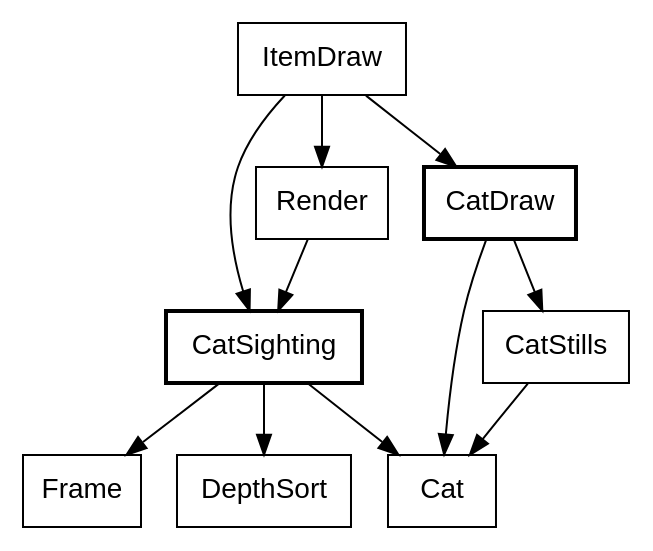
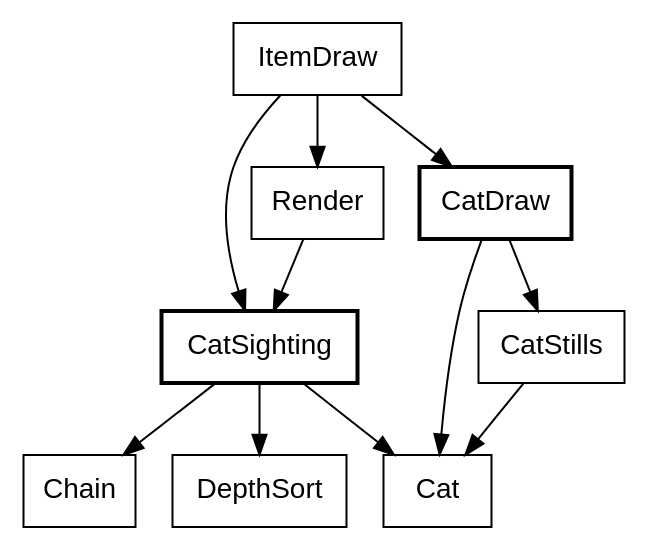
Before and after one commit to showell/roc-apps: the ninth of 19 diagrams in canvas_apps/safari/tutorial/tutorial.md, drawn with Graphviz. The commit also changed other lines of this file and 23 other files, not shown here.

First line of the commit message:
safari: Frame becomes Chain

````diff
--- a/canvas_apps/safari/tutorial/tutorial.md
+++ b/canvas_apps/safari/tutorial/tutorial.md
@@ -595,17 +595,17 @@
 ```dot
 digraph screen {
   node [shape=box, fontname="Helvetica"];
   CatSighting [style=bold];
   CatDraw [style=bold];
   ItemDraw -> Render;
   ItemDraw -> CatDraw;
   ItemDraw -> CatSighting;
   Render -> CatSighting;
   CatSighting -> Cat;
-  CatSighting -> Frame;
+  CatSighting -> Chain;
   CatSighting -> DepthSort;
   CatDraw -> Cat;
   CatDraw -> CatStills;
   CatStills -> Cat;
 }
 ```
````
